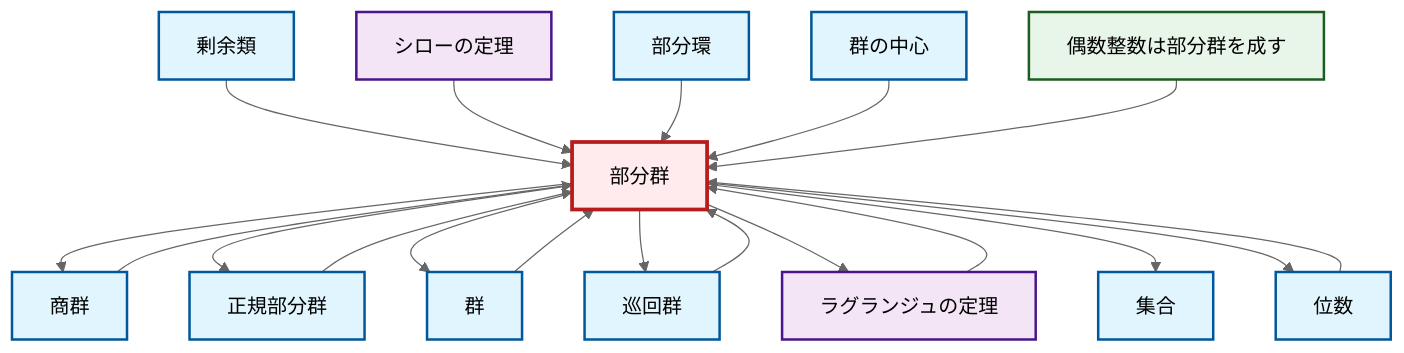
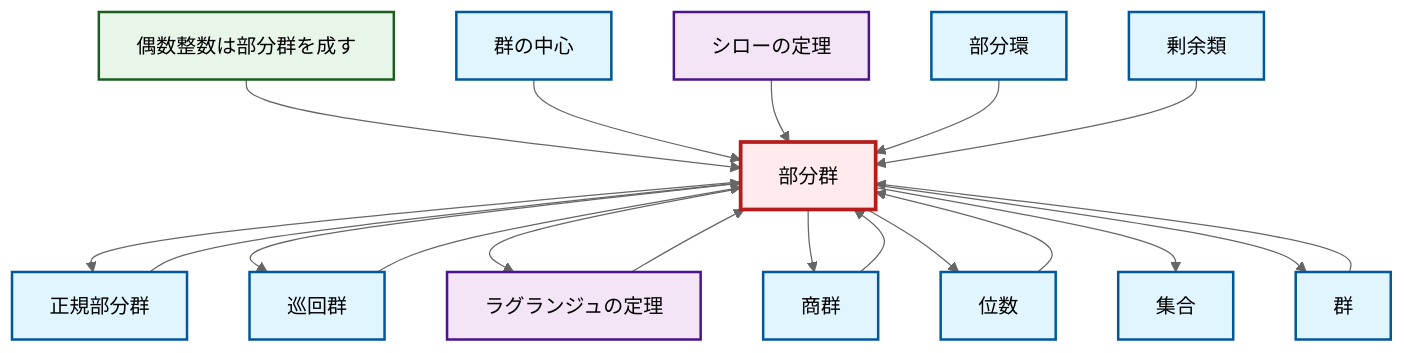
Before and after one commit to RK0429/ModernMath: the diagram in output/mermaid/ja/def-subgroup.mermaid, drawn with Mermaid (neutral theme). The commit also changed other lines of this file and 3104 other files, not shown here.

```diff
--- a/output/mermaid/ja/def-subgroup.mermaid
+++ b/output/mermaid/ja/def-subgroup.mermaid
@@ -1,38 +1,38 @@
 graph TD
     classDef definition fill:#e1f5fe,stroke:#01579b,stroke-width:2px
     classDef theorem fill:#f3e5f5,stroke:#4a148c,stroke-width:2px
     classDef axiom fill:#fff3e0,stroke:#e65100,stroke-width:2px
     classDef example fill:#e8f5e9,stroke:#1b5e20,stroke-width:2px
     classDef current fill:#ffebee,stroke:#b71c1c,stroke-width:3px
-    def-set["集合"]:::definition
+    def-subgroup["部分群"]:::definition
     def-center-of-group["群の中心"]:::definition
-    def-subgroup["部分群"]:::definition
+    def-coset["剰余類"]:::definition
+    def-normal-subgroup["正規部分群"]:::definition
+    def-subring["部分環"]:::definition
     thm-lagrange["ラグランジュの定理"]:::theorem
+    def-group["群"]:::definition
+    def-quotient-group["商群"]:::definition
     thm-sylow["シローの定理"]:::theorem
     ex-even-integers-subgroup["偶数整数は部分群を成す"]:::example
-    def-quotient-group["商群"]:::definition
-    def-group["群"]:::definition
-    def-normal-subgroup["正規部分群"]:::definition
+    def-cyclic-group["巡回群"]:::definition
     def-order["位数"]:::definition
-    def-cyclic-group["巡回群"]:::definition
-    def-subring["部分環"]:::definition
-    def-coset["剰余類"]:::definition
+    def-set["集合"]:::definition
+    ex-even-integers-subgroup --> def-subgroup
+    def-center-of-group --> def-subgroup
+    def-subgroup --> def-normal-subgroup
+    def-normal-subgroup --> def-subgroup
+    def-group --> def-subgroup
+    def-subgroup --> def-cyclic-group
+    def-subgroup --> thm-lagrange
+    thm-sylow --> def-subgroup
+    def-cyclic-group --> def-subgroup
     def-subgroup --> def-quotient-group
+    def-subring --> def-subgroup
+    thm-lagrange --> def-subgroup
+    def-subgroup --> def-order
     def-order --> def-subgroup
+    def-subgroup --> def-set
+    def-subgroup --> def-group
     def-coset --> def-subgroup
-    def-normal-subgroup --> def-subgroup
-    def-subgroup --> def-normal-subgroup
-    def-subgroup --> def-group
     def-quotient-group --> def-subgroup
-    def-subgroup --> def-cyclic-group
-    thm-sylow --> def-subgroup
-    thm-lagrange --> def-subgroup
-    def-subgroup --> thm-lagrange
-    def-group --> def-subgroup
-    def-cyclic-group --> def-subgroup
-    def-subring --> def-subgroup
-    def-center-of-group --> def-subgroup
-    def-subgroup --> def-set
-    def-subgroup --> def-order
-    ex-even-integers-subgroup --> def-subgroup
     class def-subgroup current
```
